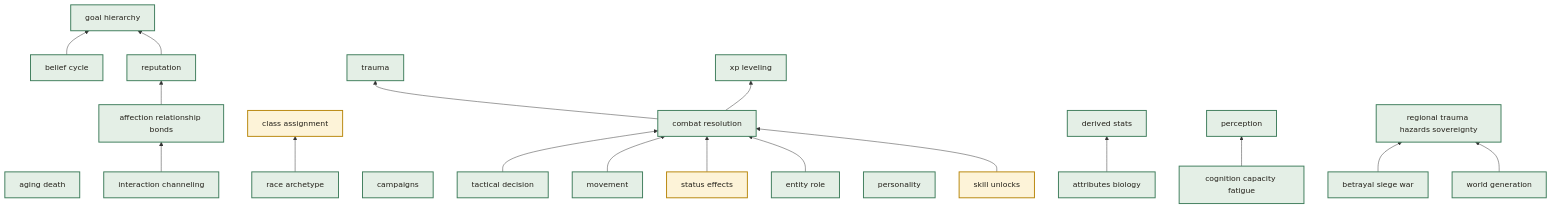
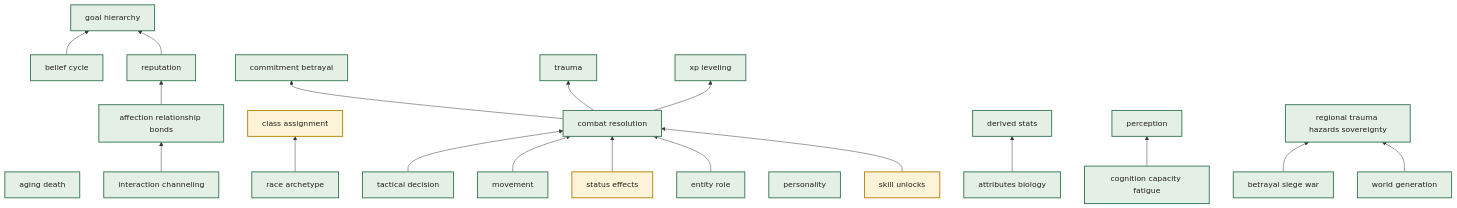
Before and after one commit to ttnhan18062000/rpg-based-simulation: the diagram in docs/brainstorm/mechanism_priority_view.md, drawn with Mermaid. The commit also changed other lines of this file and 33 other files, not shown here.

````diff
--- a/docs/brainstorm/mechanism_priority_view.md
+++ b/docs/brainstorm/mechanism_priority_view.md
@@ -44,52 +44,53 @@
 ```mermaid
 flowchart BT
     classDef done fill:#e4efe6,stroke:#3f7d5c,stroke-width:2px,color:#232019
     classDef partial fill:#fdf3d8,stroke:#b8860b,stroke-width:2px,color:#232019
     classDef gap fill:#f7e4e1,stroke:#b0392f,stroke-width:2px,color:#232019
     classDef orphan fill:#f7e4e1,stroke:#b0392f,stroke-width:2px,stroke-dasharray: 2 2,color:#232019
     classDef gated fill:#f7ecd2,stroke:#9a6b0c,stroke-width:2px,stroke-dasharray: 3 3,color:#232019
     classDef skeleton fill:#eee,stroke:#888,stroke-width:1px,stroke-dasharray: 1 3,color:#232019
 
     affection_relationship_bonds["affection relationship bonds"]:::done
     aging_death["aging death"]:::done
     attributes_biology["attributes biology"]:::done
     belief_cycle["belief cycle"]:::done
     betrayal_siege_war["betrayal siege war"]:::done
-    campaigns["campaigns"]:::done
     class_assignment["class assignment"]:::partial
     cognition_capacity_fatigue["cognition capacity fatigue"]:::done
     combat_resolution["combat resolution"]:::done
+    commitment_betrayal["commitment betrayal"]:::done
     derived_stats["derived stats"]:::done
     entity_role["entity role"]:::done
     goal_hierarchy["goal hierarchy"]:::done
     interaction_channeling["interaction channeling"]:::done
     movement["movement"]:::done
     perception["perception"]:::done
     personality["personality"]:::done
     race_archetype["race archetype"]:::done
     regional_trauma_hazards_sovereignty["regional trauma hazards sovereignty"]:::done
     reputation["reputation"]:::done
     skill_unlocks["skill unlocks"]:::partial
     status_effects["status effects"]:::partial
     tactical_decision["tactical decision"]:::done
     trauma["trauma"]:::done
     world_generation["world generation"]:::done
     xp_leveling["xp leveling"]:::done
 
     interaction_channeling --> affection_relationship_bonds
     race_archetype --> class_assignment
     tactical_decision --> combat_resolution
     movement --> combat_resolution
     status_effects --> combat_resolution
     entity_role --> combat_resolution
     skill_unlocks --> combat_resolution
+    combat_resolution --> commitment_betrayal
     attributes_biology --> derived_stats
     belief_cycle --> goal_hierarchy
     reputation --> goal_hierarchy
     cognition_capacity_fatigue --> perception
     betrayal_siege_war --> regional_trauma_hazards_sovereignty
     world_generation --> regional_trauma_hazards_sovereignty
     affection_relationship_bonds --> reputation
     combat_resolution --> trauma
     combat_resolution --> xp_leveling
 ```
````
